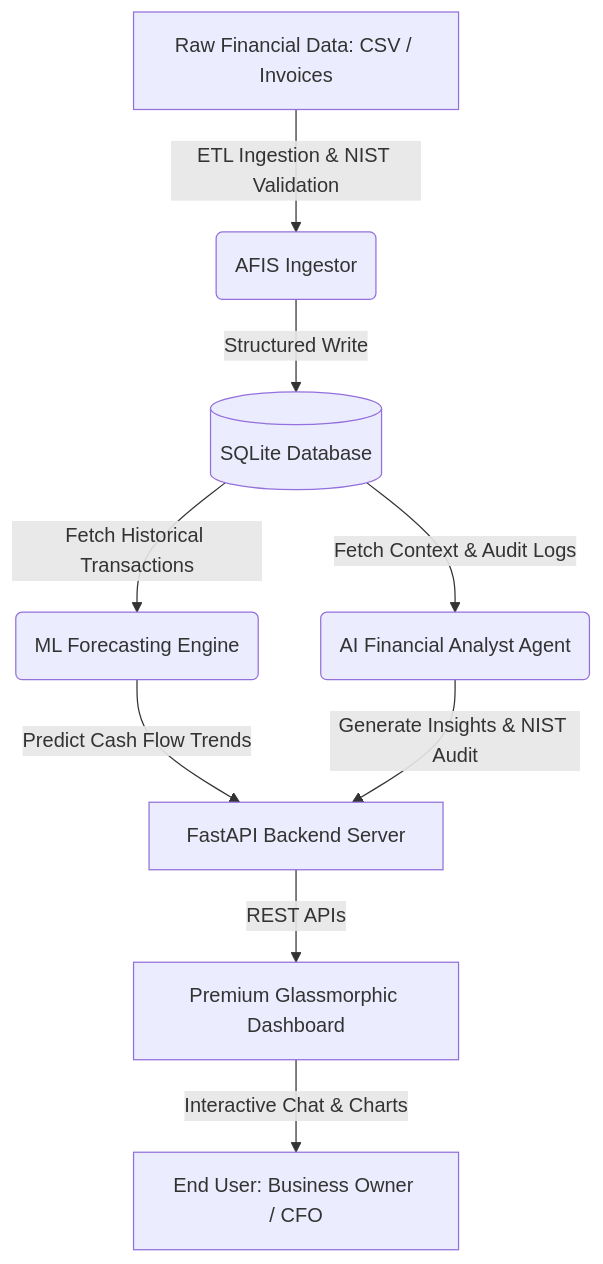
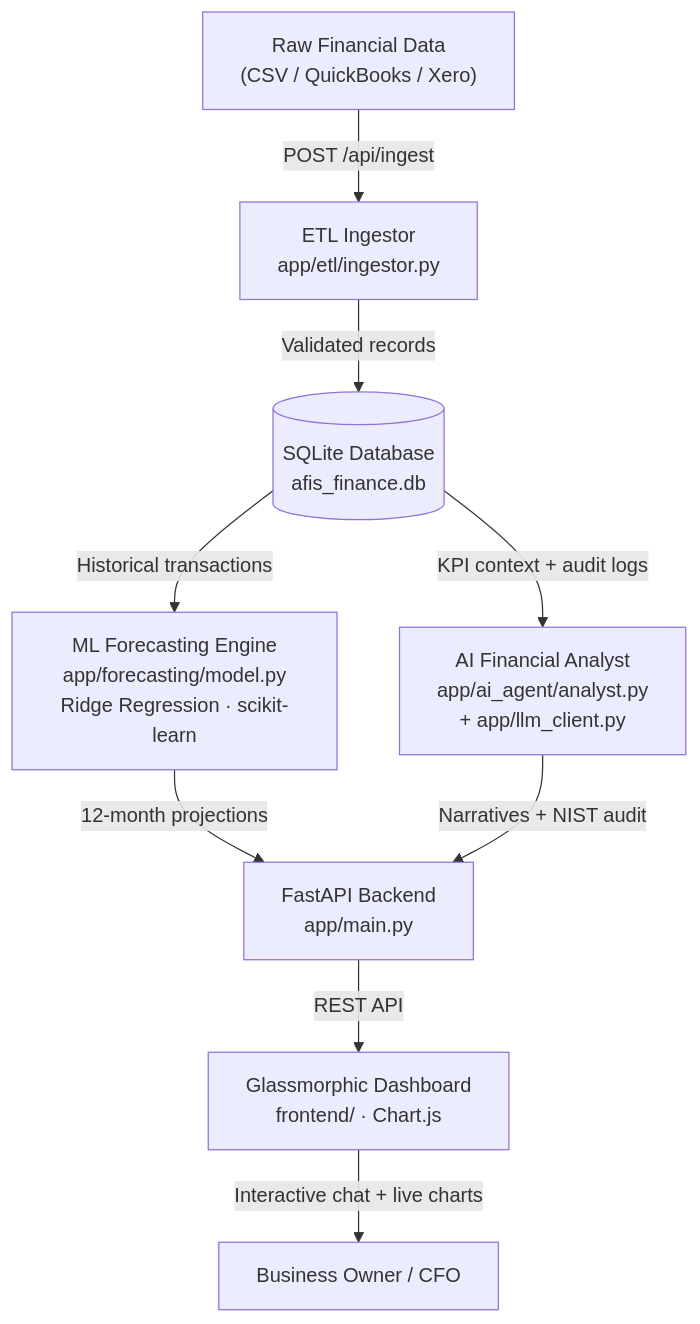
One commit to afild/AFIS changed the diagram in AFIS/README.md. Above: the diagram before and after it, drawn with Mermaid. The commit also changed other lines of this file and 3 other files, not shown here.

Commit message:
docs: rewrite AFIS README with technical depth, architecture diagrams, and API reference — remove BP Now references

````diff
--- a/AFIS/README.md
+++ b/AFIS/README.md
@@ -16,11 +62,11 @@
 ```mermaid
 graph TD
-    A[Raw Financial Data: CSV / Invoices] -->|ETL Ingestion & NIST Validation| B(AFIS Ingestor)
-    B -->|Structured Write| C[(SQLite Database)]
-    C -->|Fetch Historical Transactions| D(ML Forecasting Engine)
-    C -->|Fetch Context & Audit Logs| E(AI Financial Analyst Agent)
-    D -->|Predict Cash Flow Trends| F[FastAPI Backend Server]
-    E -->|Generate Insights & NIST Audit| F
-    F -->|REST APIs| G[Premium Glassmorphic Dashboard]
-    G -->|Interactive Chat & Charts| H[End User: Business Owner / CFO]
+    A["Raw Financial Data<br/>(CSV / QuickBooks / Xero)"] -->|POST /api/ingest| B["ETL Ingestor<br/>app/etl/ingestor.py"]
+    B -->|Validated records| C[("SQLite Database<br/>afis_finance.db")]
+    C -->|Historical transactions| D["ML Forecasting Engine<br/>app/forecasting/model.py<br/>Ridge Regression · scikit-learn"]
+    C -->|KPI context + audit logs| E["AI Financial Analyst<br/>app/ai_agent/analyst.py<br/>+ app/llm_client.py"]
+    D -->|12-month projections| F["FastAPI Backend<br/>app/main.py"]
+    E -->|Narratives + NIST audit| F
+    F -->|REST API| G["Glassmorphic Dashboard<br/>frontend/ · Chart.js"]
+    G -->|Interactive chat + live charts| H["Business Owner / CFO"]
 ```
````
